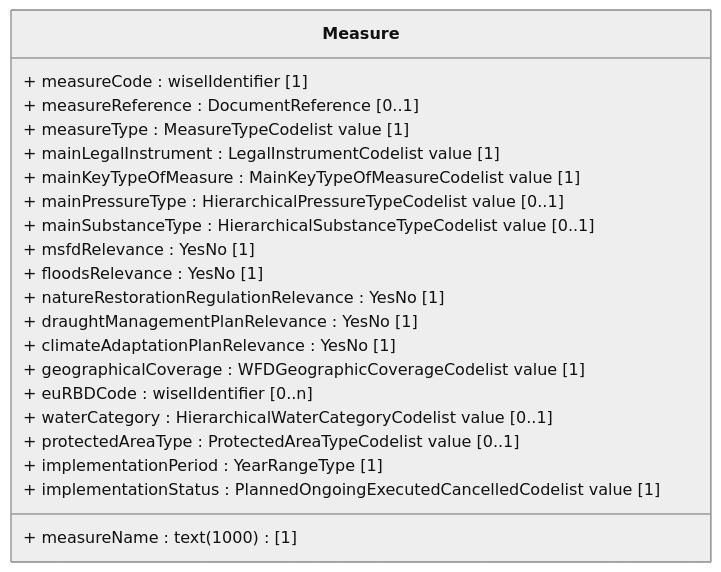
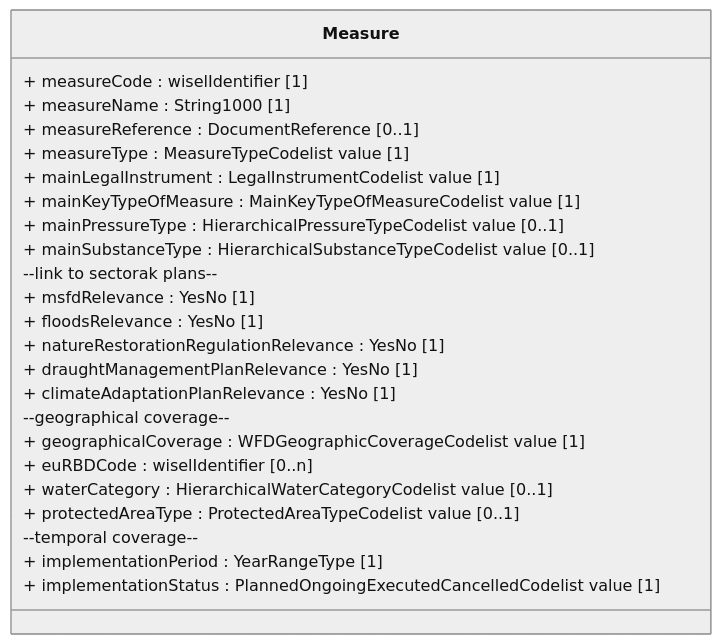
One commit to eeadata/WISE.WFD.Documentation changed the diagram in docs/DataModelReview/mmd/MeasuresTable.mmd. Above: the diagram before and after it, drawn with Mermaid (neutral theme). The commit also changed 22 other files, not shown here.

```diff
--- a/docs/DataModelReview/mmd/MeasuresTable.mmd
+++ b/docs/DataModelReview/mmd/MeasuresTable.mmd
@@ -1,28 +1,28 @@
 classDiagram
 
 class Measure {
     + measureCode : wiselIdentifier [1]
-    + measureName : text (1000) [1]
+    + measureName : String1000 [1]
     + measureReference : DocumentReference [0..1]
 
     + measureType : MeasureTypeCodelist value [1]
     + mainLegalInstrument : LegalInstrumentCodelist value [1]
     + mainKeyTypeOfMeasure : MainKeyTypeOfMeasureCodelist value [1]
 
     + mainPressureType : HierarchicalPressureTypeCodelist value [0..1]
     + mainSubstanceType : HierarchicalSubstanceTypeCodelist value [0..1]
-
+    --link to sectorak plans--
     + msfdRelevance : YesNo [1]
     + floodsRelevance : YesNo [1]
     + natureRestorationRegulationRelevance : YesNo [1]
     + draughtManagementPlanRelevance : YesNo [1]
     + climateAdaptationPlanRelevance : YesNo [1]
-
+    --geographical coverage--
     + geographicalCoverage : WFDGeographicCoverageCodelist value [1]
     + euRBDCode : wiselIdentifier [0..n]
     + waterCategory : HierarchicalWaterCategoryCodelist value [0..1]
     + protectedAreaType : ProtectedAreaTypeCodelist value [0..1]
-
+    --temporal coverage--
     + implementationPeriod : YearRangeType [1]
     + implementationStatus : PlannedOngoingExecutedCancelledCodelist value [1]
 }
```
